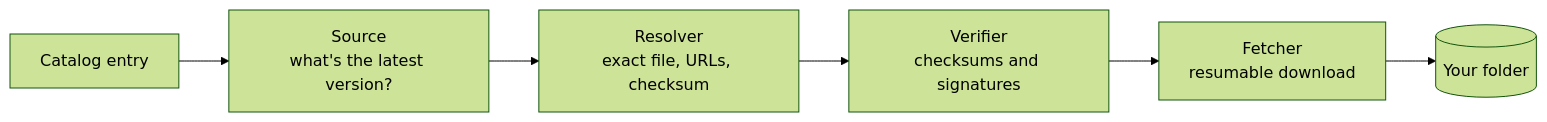
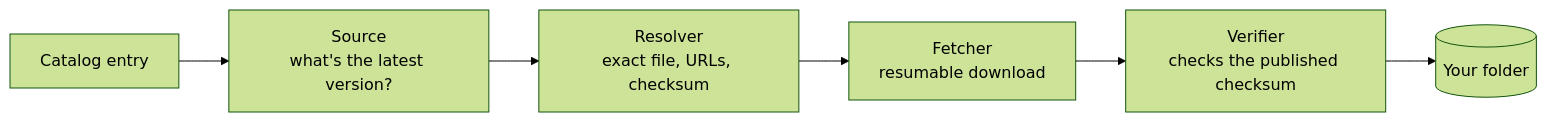
Before and after one commit to ZachCurry13/isoshelf: the diagram in README.md, drawn with Mermaid (forest theme). The commit also changed other lines of this file and 2 other files, not shown here.

````diff
--- a/README.md
+++ b/README.md
@@ -102,8 +114,8 @@
 ```mermaid
 flowchart LR
     A["Catalog entry"] --> B["Source<br/>what's the latest version?"]
     B --> C["Resolver<br/>exact file, URLs, checksum"]
-    C --> D["Verifier<br/>checksums and signatures"]
-    D --> E["Fetcher<br/>resumable download"]
+    C --> D["Fetcher<br/>resumable download"]
+    D --> E["Verifier<br/>checks the published checksum"]
     E --> F[("Your folder")]
 ```
````
